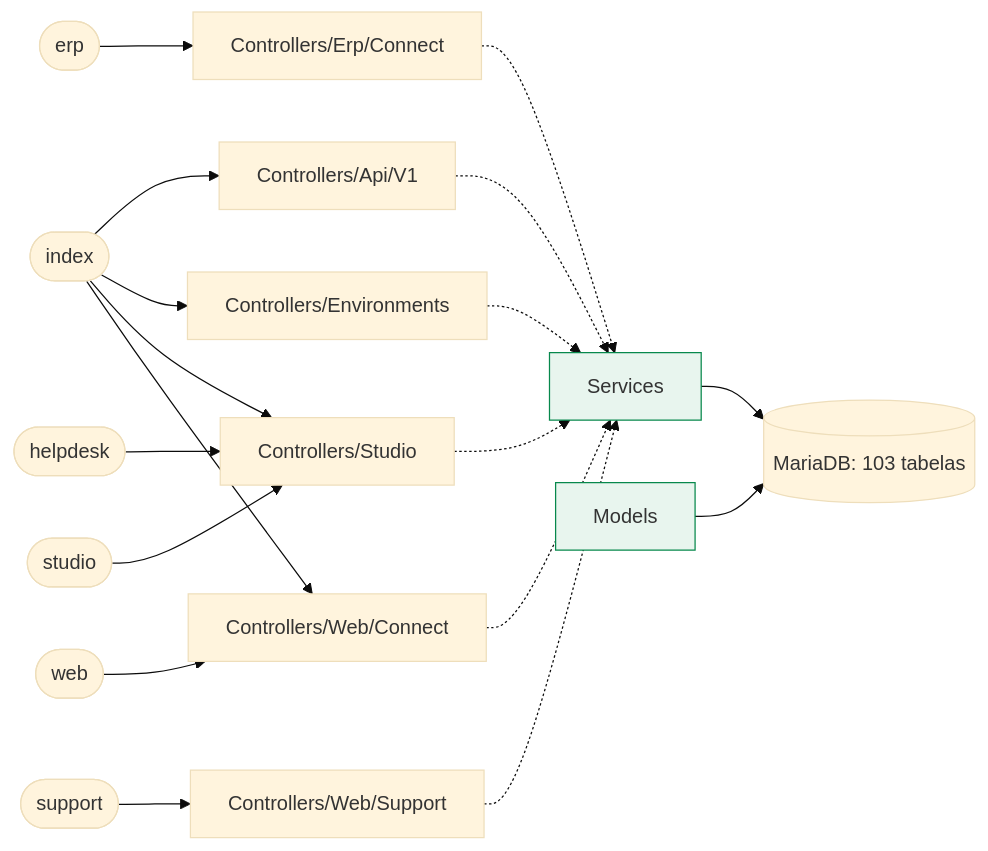
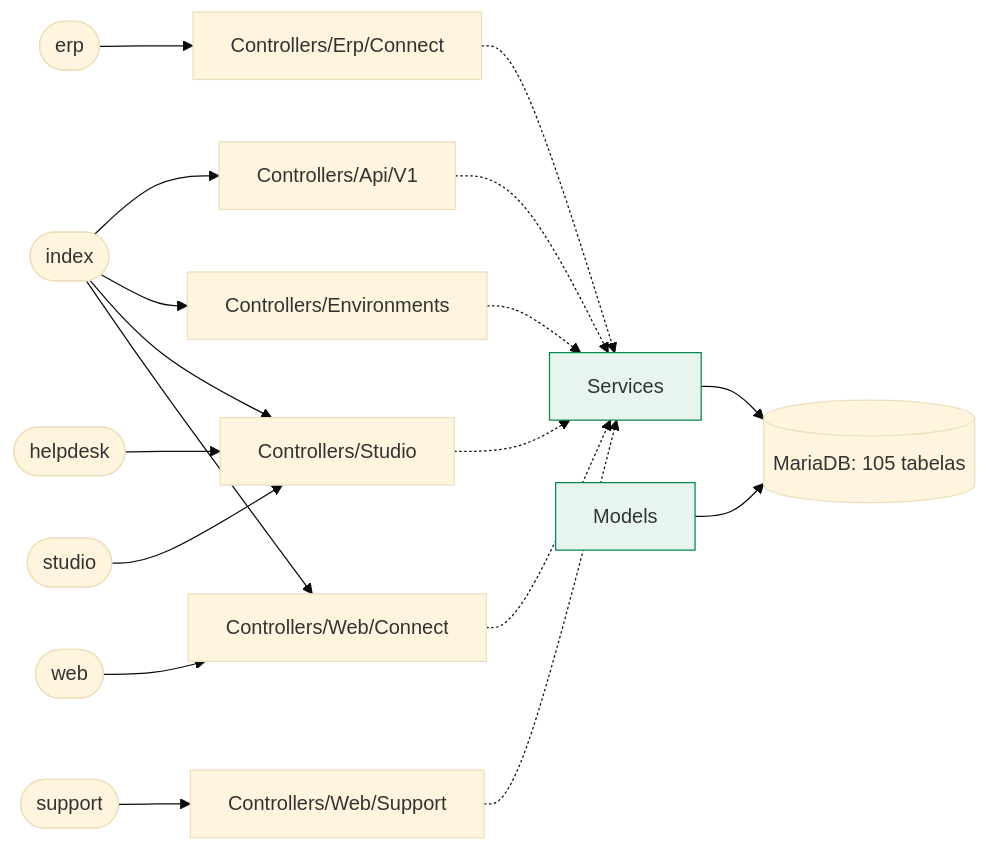
The first of 2 diagrams in docs/map/README.md (djalmamartins/connect-erp), drawn with Mermaid (base theme) before and after one commit. The commit also changed other lines of this file and 1 other file, not shown here.

````diff
--- a/docs/map/README.md
+++ b/docs/map/README.md
@@ -13,30 +13,30 @@
 ```mermaid
 flowchart LR
   env_erp(["erp"])
   env_erp --> pkg_Controllers_Erp_Connect["Controllers/Erp/Connect"]
   env_helpdesk(["helpdesk"])
   env_helpdesk --> pkg_Controllers_Studio["Controllers/Studio"]
   env_index(["index"])
   env_index --> pkg_Controllers_Api_V1["Controllers/Api/V1"]
   env_index --> pkg_Controllers_Environments["Controllers/Environments"]
   env_index --> pkg_Controllers_Studio["Controllers/Studio"]
   env_index --> pkg_Controllers_Web_Connect["Controllers/Web/Connect"]
   env_studio(["studio"])
   env_studio --> pkg_Controllers_Studio["Controllers/Studio"]
   env_support(["support"])
   env_support --> pkg_Controllers_Web_Support["Controllers/Web/Support"]
   env_web(["web"])
   env_web --> pkg_Controllers_Web_Connect["Controllers/Web/Connect"]
   pkg_svc["Services"]:::svc
   pkg_mdl["Models"]:::svc
-  db[("MariaDB: 103 tabelas")]
+  db[("MariaDB: 105 tabelas")]
   pkg_Controllers_Api_V1 -.-> pkg_svc
   pkg_Controllers_Environments -.-> pkg_svc
   pkg_Controllers_Erp_Connect -.-> pkg_svc
   pkg_Controllers_Studio -.-> pkg_svc
   pkg_Controllers_Web_Connect -.-> pkg_svc
   pkg_Controllers_Web_Support -.-> pkg_svc
   pkg_svc --> db
   pkg_mdl --> db
   classDef svc fill:#e8f5ee,stroke:#07884c
 ```
````
